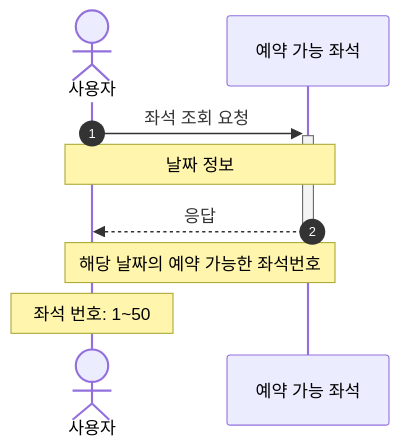
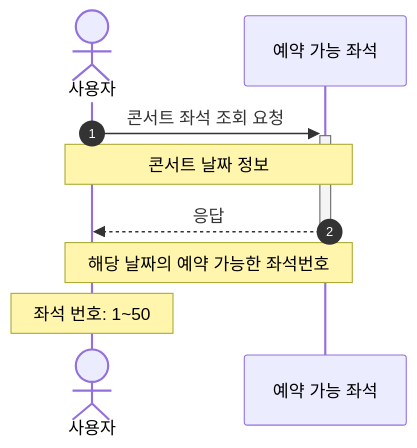
Before and after one commit to kdelay/Concert-Booking: the fourth of 8 diagrams in README.md, drawn with Mermaid. The commit also changed other lines of this file, not shown here.

Commit message:
docs: [#1] 사용자 식별자 수정, 잔액 충전/조회 시퀀스 분리

````diff
--- a/README.md
+++ b/README.md
@@ -104,10 +107,10 @@
 ```mermaid
 sequenceDiagram
     autonumber
     actor 사용자
-    사용자 ->>+ 예약 가능 좌석: 좌석 조회 요청
-    Note over 사용자, 예약 가능 좌석: 날짜 정보
+    사용자 ->>+ 예약 가능 좌석: 콘서트 좌석 조회 요청
+    Note over 사용자, 예약 가능 좌석: 콘서트 날짜 정보
     예약 가능 좌석 -->>- 사용자: 응답
     Note over 사용자, 예약 가능 좌석: 해당 날짜의 예약 가능한 좌석번호
     Note over 사용자: 좌석 번호: 1~50
 ```
````
